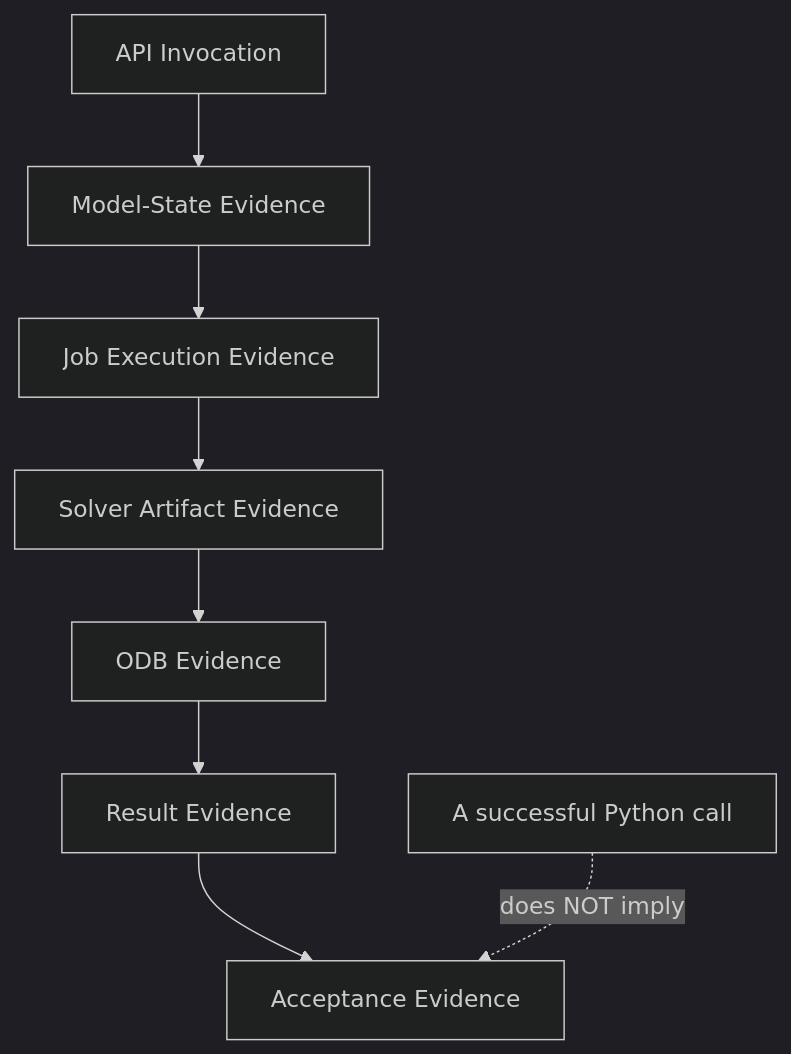
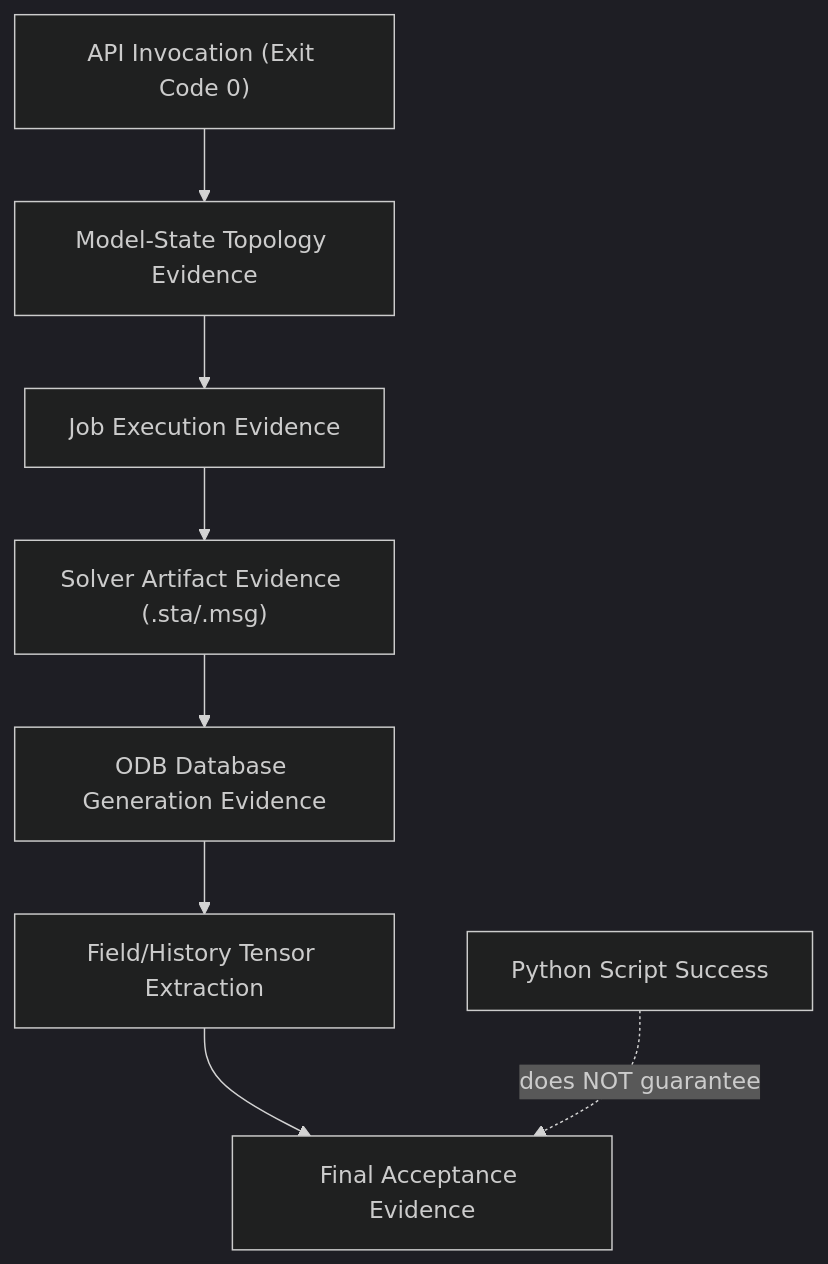
One commit to chenlei-gh/Abaqus-AI-Agent changed the second of 3 diagrams in README.md. Above: the diagram before and after it, drawn with Mermaid (dark theme). The commit also changed other lines of this file and 5 other files, not shown here.

First line of the commit message:
Optimize diagram rendering for mobile devices

````diff
--- a/README.md
+++ b/README.md
@@ -159,10 +210,10 @@
 ```mermaid
-flowchart TB
-    I["API Invocation"] --> M["Model-State Evidence"]
+flowchart TD
+    I["API Invocation (Exit Code 0)"] --> M["Model-State Topology Evidence"]
     M --> J["Job Execution Evidence"]
-    J --> S["Solver Artifact Evidence"]
-    S --> O["ODB Evidence"]
-    O --> R["Result Evidence"]
-    R --> A["Acceptance Evidence"]
-    N["A successful Python call"] -. "does NOT imply" .-> A
+    J --> S["Solver Artifact Evidence (.sta/.msg)"]
+    S --> O["ODB Database Generation Evidence"]
+    O --> R["Field/History Tensor Extraction"]
+    R --> A["Final Acceptance Evidence"]
+    N["Python Script Success"] -. "does NOT guarantee" .-> A
 ```
````
